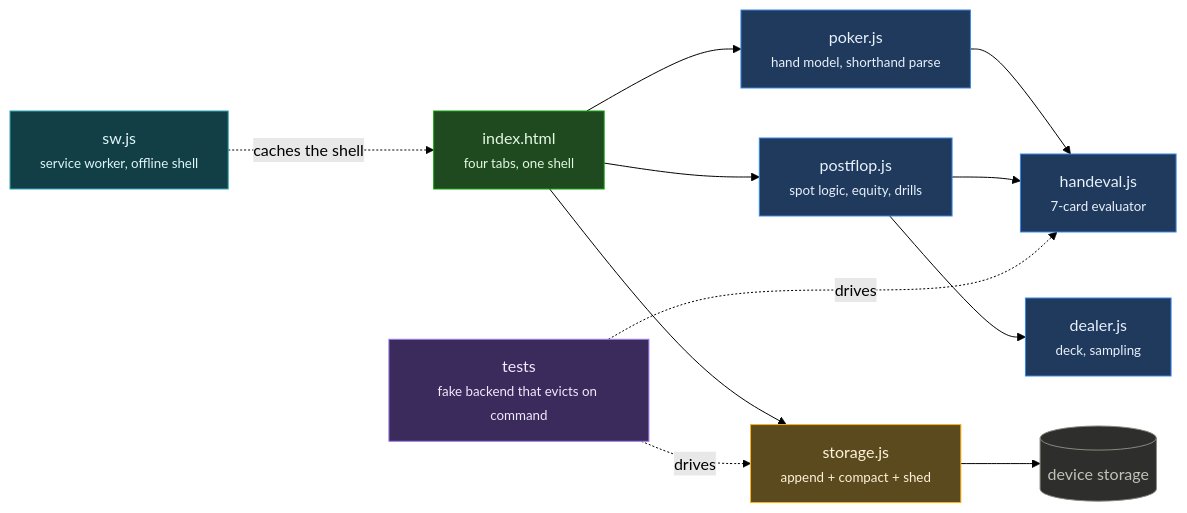
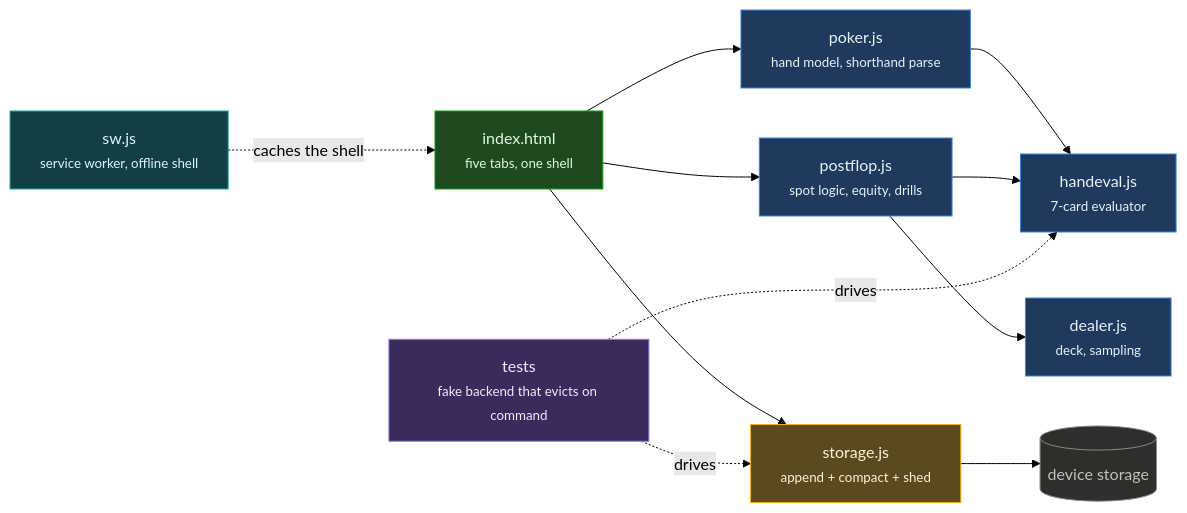
The second of 2 diagrams in README.md (daviddingdev/poker-appstore-public), drawn with Mermaid (forest theme) before and after one commit. The commit also changed other lines of this file and 16 other files, not shown here.

````diff
--- a/README.md
+++ b/README.md
@@ -64,27 +64,27 @@
 ```mermaid
 flowchart LR
-  UI["index.html<br/><small>four tabs, one shell</small>"]:::ui
+  UI["index.html<br/><small>five tabs, one shell</small>"]:::ui
   P["poker.js<br/><small>hand model, shorthand parse</small>"]:::core
   H["handeval.js<br/><small>7-card evaluator</small>"]:::core
   D["dealer.js<br/><small>deck, sampling</small>"]:::core
   PF["postflop.js<br/><small>spot logic, equity, drills</small>"]:::core
   ST["storage.js<br/><small>append + compact + shed</small>"]:::store
   SW["sw.js<br/><small>service worker, offline shell</small>"]:::sw
   F[("device storage")]:::data
   T["tests<br/><small>fake backend that evicts on command</small>"]:::test
 
   UI --> P & PF
   P --> H
   PF --> H & D
   UI --> ST --> F
   SW -.->|"caches the shell"| UI
   T -.->|"drives"| ST
   T -.->|"drives"| H
 
   classDef ui fill:#1f4a1f,stroke:#0ca30c,color:#e3f7e3
   classDef core fill:#1f3a5c,stroke:#3987e5,color:#e8f0fb
   classDef store fill:#5c4a1f,stroke:#fab219,color:#fdf3d9
   classDef sw fill:#123f46,stroke:#2ba8b8,color:#dff5f8
   classDef data fill:#2e2e2c,stroke:#8a897f,color:#c3c2b7
   classDef test fill:#3b2a5c,stroke:#9d7be8,color:#f0eafd
 ```
````
